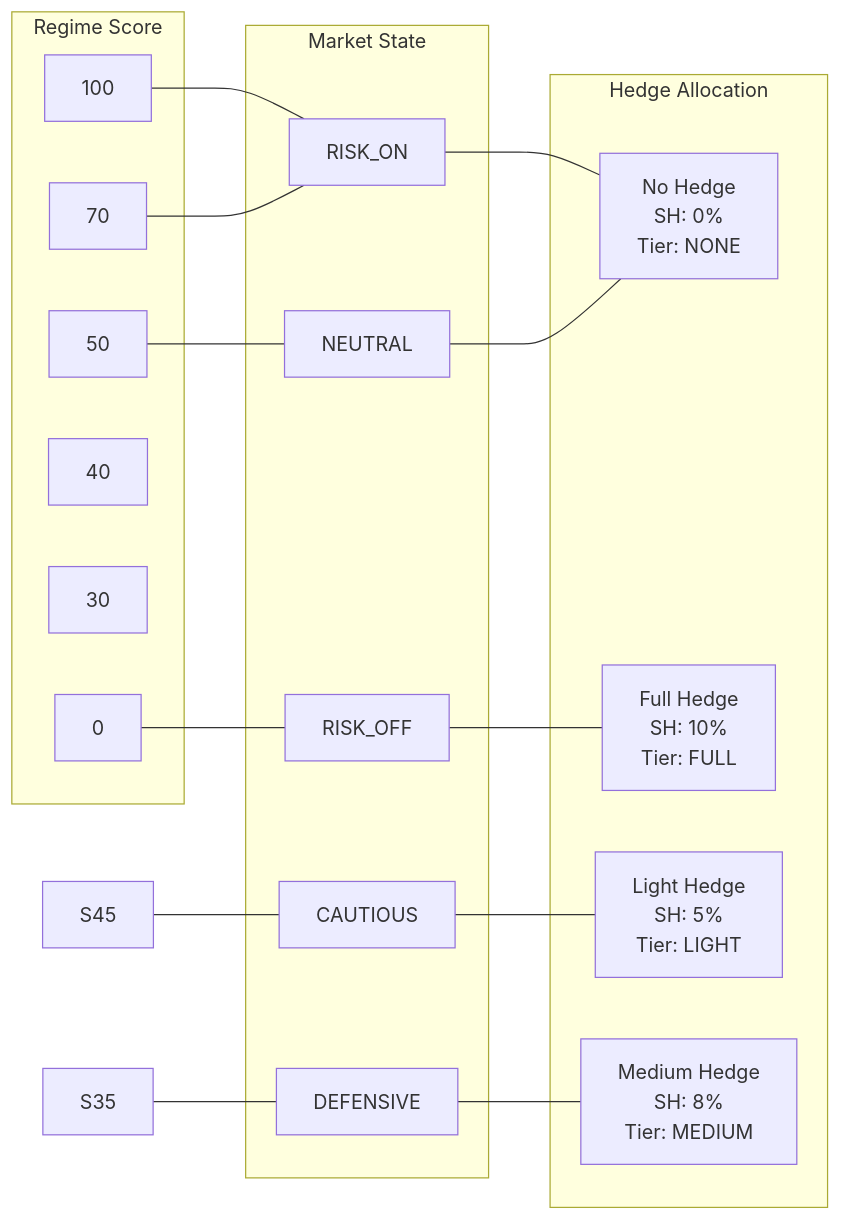
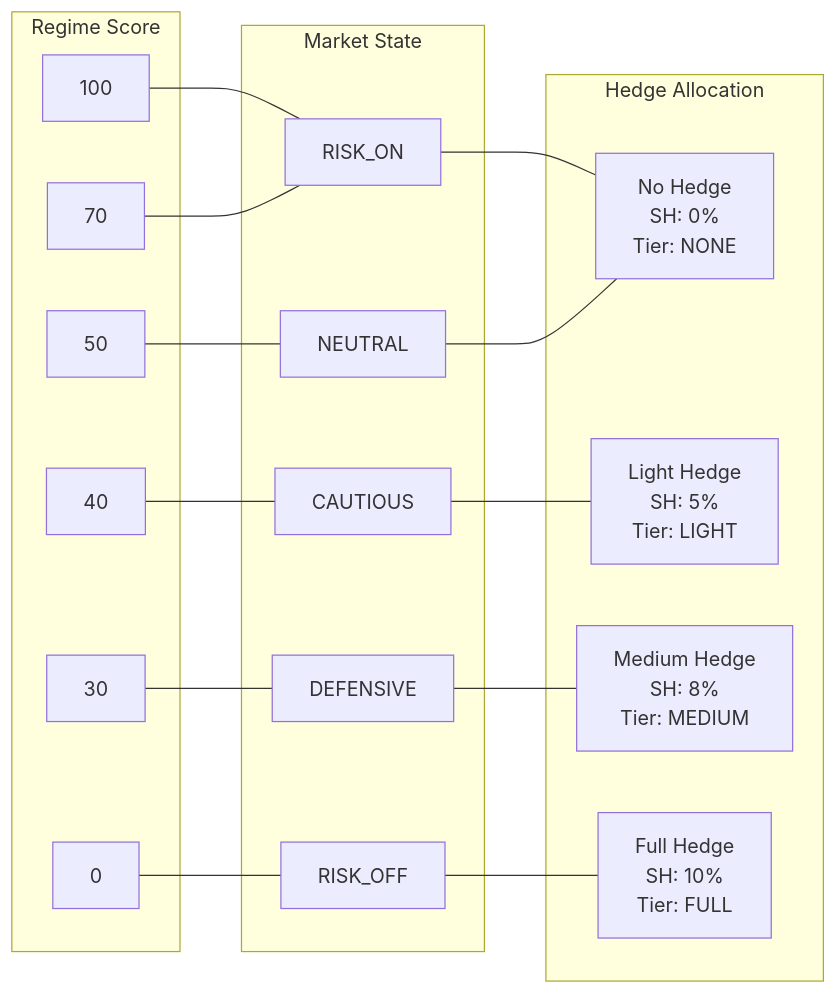
The second of 2 diagrams in docs/system/09-hedge-engine.md (vickdavinci/alpha-nextgen-v2-private), drawn with Mermaid before and after one commit. The commit also changed other lines of this file and 17 other files, not shown here.

````diff
--- a/docs/system/09-hedge-engine.md
+++ b/docs/system/09-hedge-engine.md
@@ -310,42 +310,42 @@
 ```mermaid
 graph LR
     subgraph SCORE["Regime Score"]
         S100["100"]
         S70["70"]
         S50["50"]
         S40["40"]
         S30["30"]
         S0["0"]
     end
 
     subgraph STATE["Market State"]
         RISK_ON["RISK_ON"]
         NEUTRAL["NEUTRAL"]
         CAUTIOUS["CAUTIOUS"]
         DEFENSIVE["DEFENSIVE"]
         RISK_OFF["RISK_OFF"]
     end
 
     subgraph HEDGE["Hedge Allocation"]
         H0["No Hedge<br/>SH: 0%<br/>Tier: NONE"]
         H1["Light Hedge<br/>SH: 5%<br/>Tier: LIGHT"]
         H2["Medium Hedge<br/>SH: 8%<br/>Tier: MEDIUM"]
         H3["Full Hedge<br/>SH: 10%<br/>Tier: FULL"]
     end
 
     S100 --- RISK_ON
     S70 --- RISK_ON
     RISK_ON --- H0
 
     S50 --- NEUTRAL
     NEUTRAL --- H0
 
-    S45 --- CAUTIOUS
+    S40 --- CAUTIOUS
     CAUTIOUS --- H1
 
-    S35 --- DEFENSIVE
+    S30 --- DEFENSIVE
     DEFENSIVE --- H2
 
     S0 --- RISK_OFF
     RISK_OFF --- H3
 ```
````
